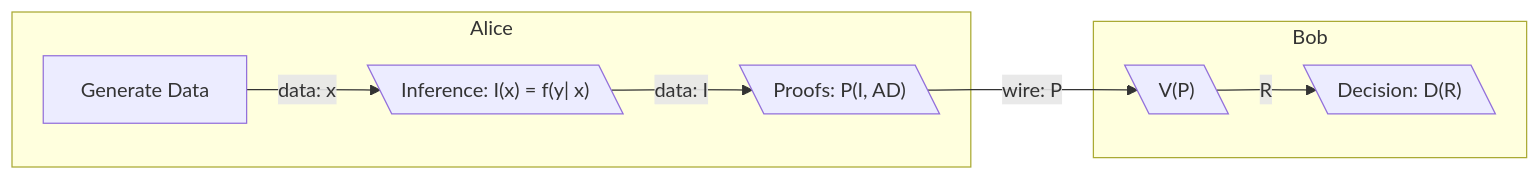
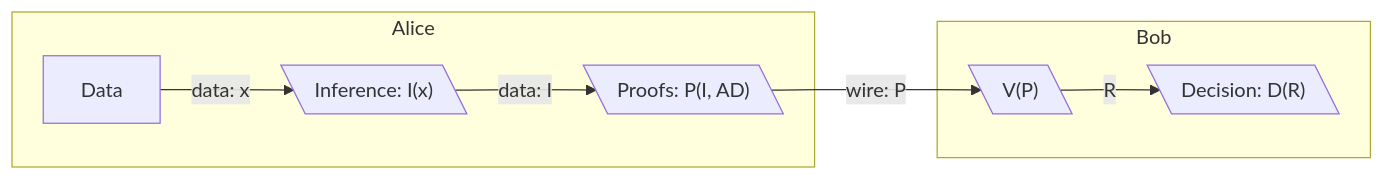
One commit to iamalwaysuncomfortable/zk-counterparty changed the first of 5 diagrams in zkips/ZKIP-001-Computing-Zero-Knowledge-Edge-Inferences.md. Above: the diagram before and after it, drawn with Mermaid. The commit also changed other lines of this file, not shown here.

Commit message:
Clarifications about data hiding and completion of original descriptions

````diff
--- a/zkips/ZKIP-001-Computing-Zero-Knowledge-Edge-Inferences.md
+++ b/zkips/ZKIP-001-Computing-Zero-Knowledge-Edge-Inferences.md
@@ -42,11 +42,11 @@
 ```mermaid
 flowchart LR
     subgraph Alice
-    A[Generate Data]-->|data: x|B[\"Inference: I(x) = f(y| x)"\]
+    A[Data]-->|data: x|B[\"Inference: I(x)"\]
     B -->|data: I|C[\"Proofs: P(I, AD)"\]
     end
     subgraph Bob
     C -->|wire: P| D[\"V(P)"\]
     D -->|R|E[\"Decision: D(R)"\]
     end
 ```
````
